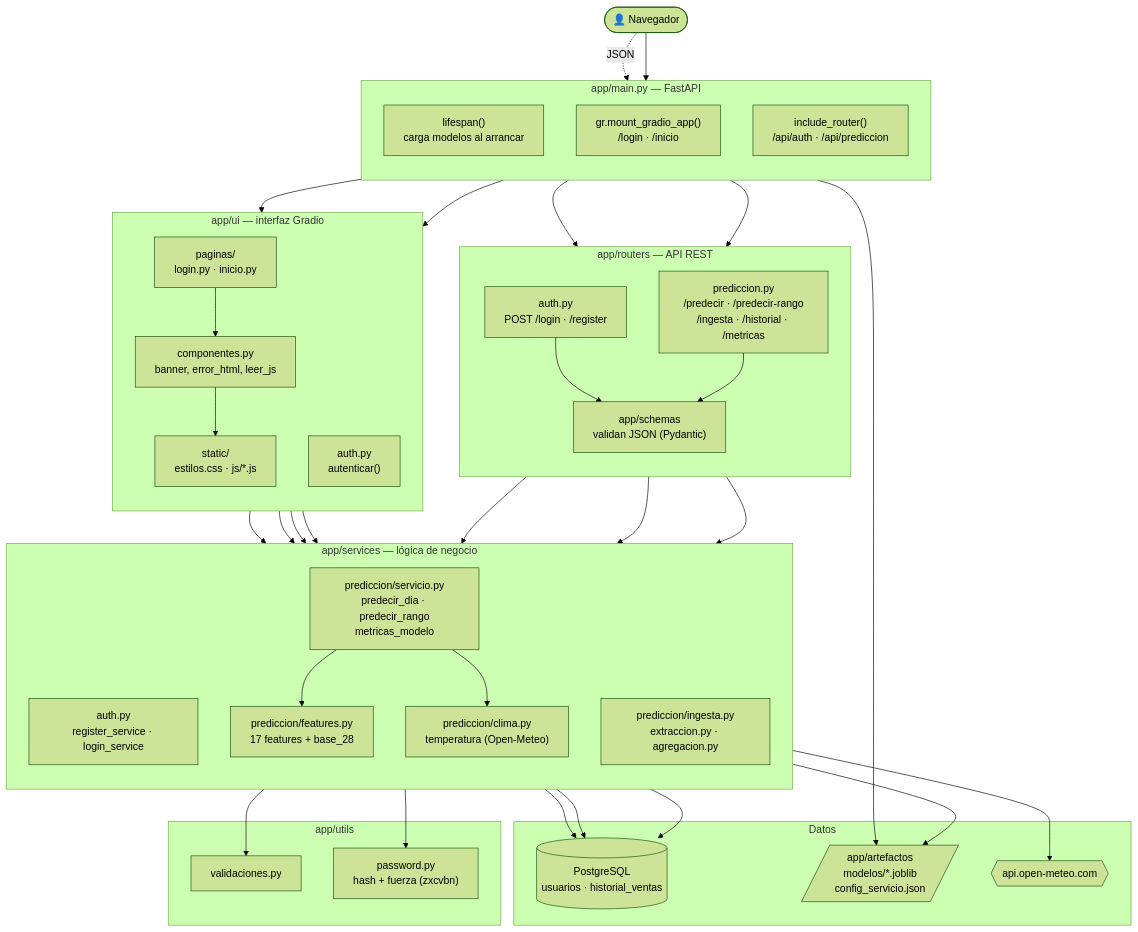
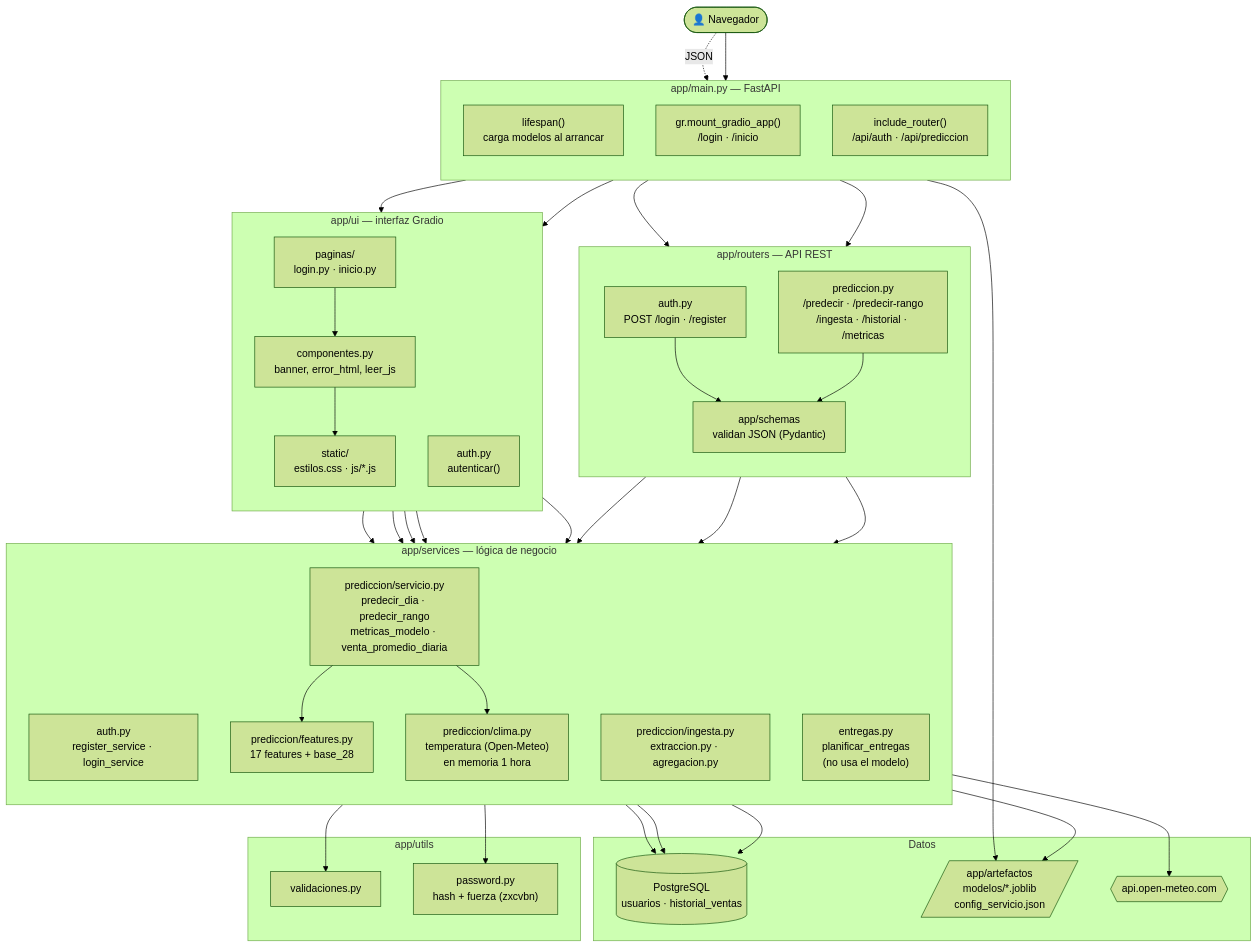
Before and after one commit to alhexmbs/tesis-backend: the first of 7 diagrams in docs/arquitectura.md, drawn with Mermaid (forest theme). The commit also changed other lines of this file and 5 other files, not shown here.

````diff
--- a/docs/arquitectura.md
+++ b/docs/arquitectura.md
@@ -22,66 +24,67 @@
 ```mermaid
 flowchart TB
     usuario(["👤 Navegador"])
 
     subgraph MAIN["app/main.py — FastAPI"]
         direction TB
         lifespan["lifespan()<br/>carga modelos al arrancar"]
         mount["gr.mount_gradio_app()<br/>/login · /inicio"]
         routers["include_router()<br/>/api/auth · /api/prediccion"]
     end
 
     subgraph UI["app/ui — interfaz Gradio"]
         direction TB
         paginas["paginas/<br/>login.py · inicio.py"]
         comp["componentes.py<br/>banner, error_html, leer_js"]
         uiauth["auth.py<br/>autenticar()"]
         static["static/<br/>estilos.css · js/*.js"]
     end
 
     subgraph API["app/routers — API REST"]
         direction TB
         rauth["auth.py<br/>POST /login · /register"]
         rpred["prediccion.py<br/>/predecir · /predecir-rango<br/>/ingesta · /historial · /metricas"]
         schemas["app/schemas<br/>validan JSON (Pydantic)"]
     end
 
     subgraph SERV["app/services — lógica de negocio"]
         direction TB
         sauth["auth.py<br/>register_service · login_service"]
-        spred["prediccion/servicio.py<br/>predecir_dia · predecir_rango<br/>metricas_modelo"]
+        spred["prediccion/servicio.py<br/>predecir_dia · predecir_rango<br/>metricas_modelo · venta_promedio_diaria"]
         etl["prediccion/ingesta.py<br/>extraccion.py · agregacion.py"]
         feat["prediccion/features.py<br/>17 features + base_28"]
-        clima["prediccion/clima.py<br/>temperatura (Open-Meteo)"]
+        clima["prediccion/clima.py<br/>temperatura (Open-Meteo)<br/>en memoria 1 hora"]
+        entregas["entregas.py<br/>planificar_entregas<br/>(no usa el modelo)"]
     end
 
     subgraph UTIL["app/utils"]
         valid["validaciones.py"]
         pwd["password.py<br/>hash + fuerza (zxcvbn)"]
     end
 
     subgraph DATOS["Datos"]
         db[("PostgreSQL<br/>usuarios · historial_ventas")]
         art[/"app/artefactos<br/>modelos/*.joblib<br/>config_servicio.json"/]
         meteo{{"api.open-meteo.com"}}
     end
 
     usuario --> mount
     usuario -. "JSON" .-> routers
     mount --> paginas
     paginas --> comp --> static
     mount --> uiauth
     routers --> rauth & rpred
     rauth & rpred --> schemas
 
-    paginas --> sauth & spred & etl
+    paginas --> sauth & spred & etl & entregas
     uiauth --> sauth
     rauth --> sauth
     rpred --> spred & etl
 
     sauth --> valid & pwd
     spred --> feat & clima
     sauth & spred & etl --> db
     lifespan --> art
     spred --> art
     clima --> meteo
 ```
````
